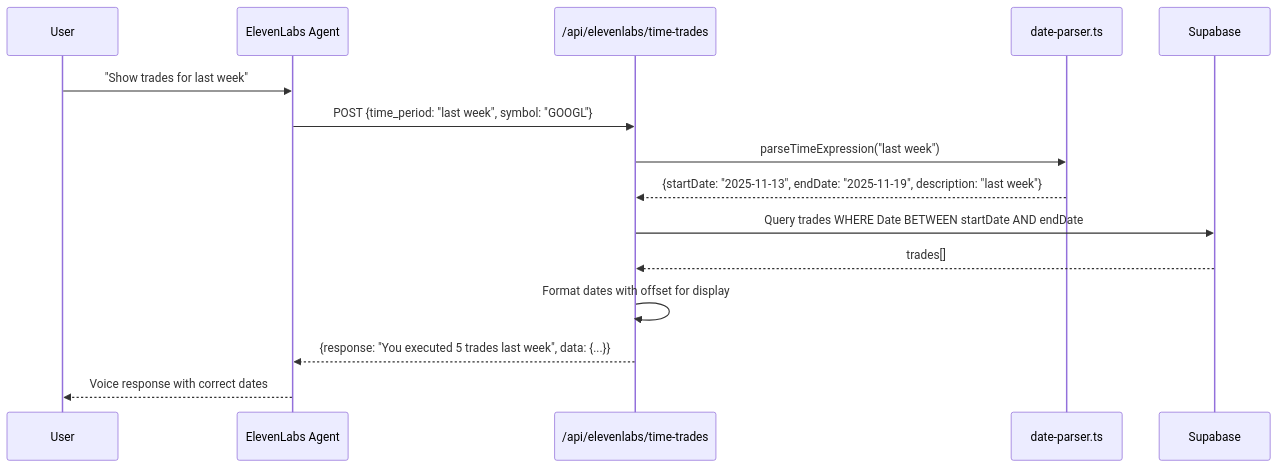
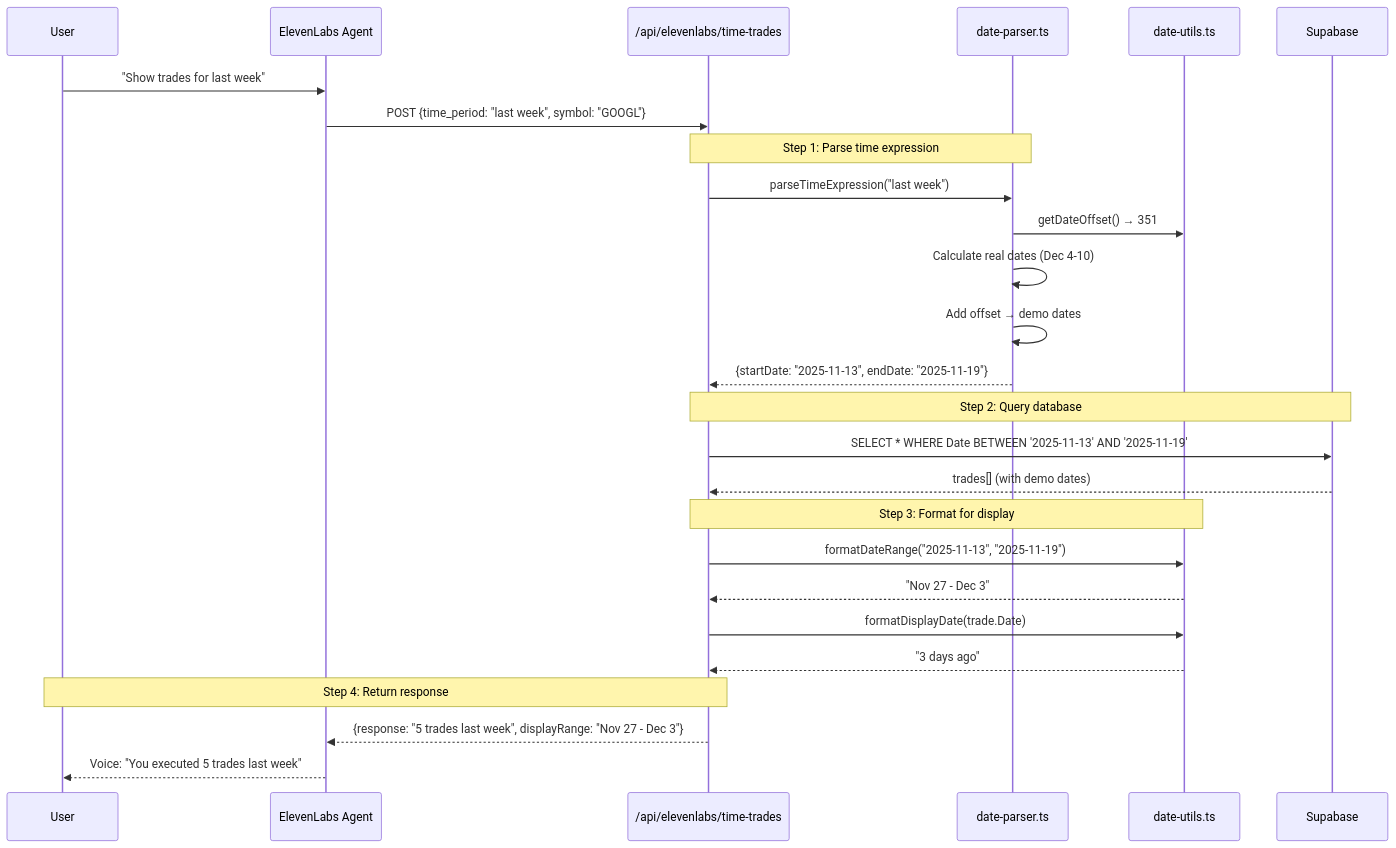
One commit to fin-agent/finagent-frontend changed the sixth of 9 diagrams in README.md. Above: the diagram before and after it, drawn with Mermaid. The commit also changed other lines of this file, not shown here.

First line of the commit message:
Expand README documentation for date utilities

````diff
--- a/README.md
+++ b/README.md
@@ -367,18 +468,33 @@
 ```mermaid
 sequenceDiagram
     participant User
     participant Agent as ElevenLabs Agent
     participant API as /api/elevenlabs/time-trades
     participant Parser as date-parser.ts
+    participant Utils as date-utils.ts
     participant DB as Supabase
 
     User->>Agent: "Show trades for last week"
     Agent->>API: POST {time_period: "last week", symbol: "GOOGL"}
+
+    Note over API,Parser: Step 1: Parse time expression
     API->>Parser: parseTimeExpression("last week")
-    Parser-->>API: {startDate: "2025-11-13", endDate: "2025-11-19", description: "last week"}
-    API->>DB: Query trades WHERE Date BETWEEN startDate AND endDate
-    DB-->>API: trades[]
-    API->>API: Format dates with offset for display
-    API-->>Agent: {response: "You executed 5 trades last week", data: {...}}
-    Agent-->>User: Voice response with correct dates
+    Parser->>Utils: getDateOffset() → 351
+    Parser->>Parser: Calculate real dates (Dec 4-10)
+    Parser->>Parser: Add offset → demo dates
+    Parser-->>API: {startDate: "2025-11-13", endDate: "2025-11-19"}
+
+    Note over API,DB: Step 2: Query database
+    API->>DB: SELECT * WHERE Date BETWEEN '2025-11-13' AND '2025-11-19'
+    DB-->>API: trades[] (with demo dates)
+
+    Note over API,Utils: Step 3: Format for display
+    API->>Utils: formatDateRange("2025-11-13", "2025-11-19")
+    Utils-->>API: "Nov 27 - Dec 3"
+    API->>Utils: formatDisplayDate(trade.Date)
+    Utils-->>API: "3 days ago"
+
+    Note over API,User: Step 4: Return response
+    API-->>Agent: {response: "5 trades last week", displayRange: "Nov 27 - Dec 3"}
+    Agent-->>User: Voice: "You executed 5 trades last week"
 ```
````
